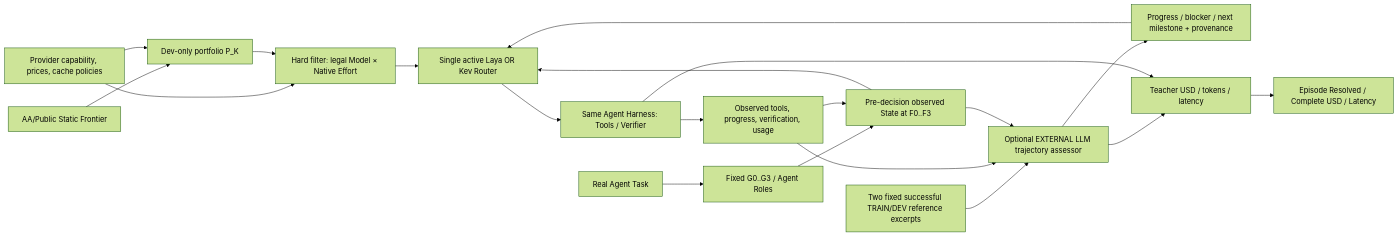
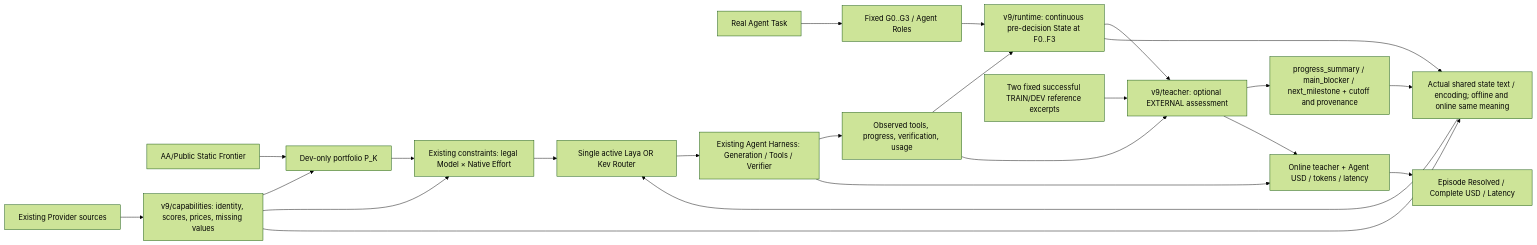
Before and after one commit to sxyq/modelrouter: the diagram in 汇报/汇报三/ModelRouter论文实验与图表规划.md, drawn with Mermaid (forest theme). The commit also changed other lines of this file and 39 other files, not shown here.

Commit message:
feat(v9): integrate teacher capabilities and continuation with official harness

````diff
--- a/汇报/汇报三/ModelRouter论文实验与图表规划.md
+++ b/汇报/汇报三/ModelRouter论文实验与图表规划.md
@@ -88,22 +109,25 @@
 ```mermaid
 flowchart LR
   PUB["AA/Public Static Frontier"] --> SELECT["Dev-only portfolio P_K"]
-  PDATA["Provider capability, prices, cache policies"] --> SELECT
-  PDATA --> LEGAL["Hard filter: legal Model × Native Effort"]
+  PDATA["Existing Provider sources"] --> CAP["v9/capabilities: identity, scores, prices, missing values"]
+  CAP --> SELECT
+  CAP --> LEGAL["Existing constraints: legal Model × Native Effort"]
   SELECT --> LEGAL
   TASK["Real Agent Task"] --> G["Fixed G0..G3 / Agent Roles"]
-  G --> SNAP["Pre-decision observed State at F0..F3"]
-  EXEC["Same Agent Harness: Tools / Verifier"] --> HIST["Observed tools, progress, verification, usage"]
+  G --> SNAP["v9/runtime: continuous pre-decision State at F0..F3"]
+  EXEC["Existing Agent Harness: Generation / Tools / Verifier"] --> HIST["Observed tools, progress, verification, usage"]
   HIST --> SNAP
-  REF["Two fixed successful TRAIN/DEV reference excerpts"] --> JUDGE["Optional EXTERNAL LLM trajectory assessor"]
+  REF["Two fixed successful TRAIN/DEV reference excerpts"] --> JUDGE["v9/teacher: optional EXTERNAL assessment"]
   HIST --> JUDGE
   SNAP --> JUDGE
-  JUDGE --> SHORT["Progress / blocker / next milestone + provenance"]
-  SHORT --> ROUTER["Single active Laya OR Kev Router"]
-  SNAP --> ROUTER
+  JUDGE --> SHORT["progress_summary / main_blocker / next_milestone + cutoff and provenance"]
+  SHORT --> ENCODE["Actual shared state text / encoding; offline and online same meaning"]
+  SNAP --> ENCODE
+  CAP --> ENCODE
+  ENCODE --> ROUTER["Single active Laya OR Kev Router"]
   LEGAL --> ROUTER
   ROUTER --> EXEC
-  JUDGE --> COST["Teacher USD / tokens / latency"]
+  JUDGE --> COST["Online teacher + Agent USD / tokens / latency"]
   EXEC --> COST
   COST --> OUT["Episode Resolved / Complete USD / Latency"]
 ```
````
